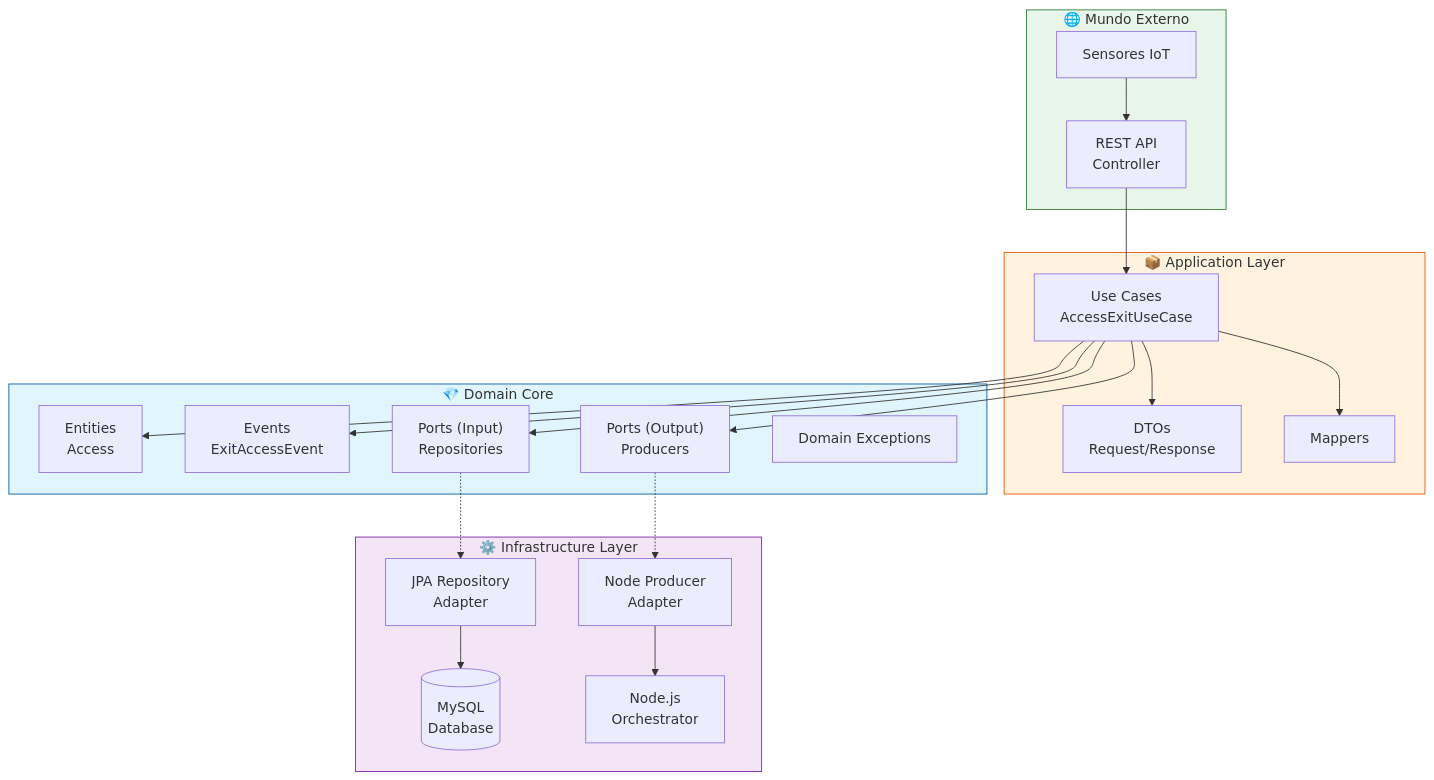
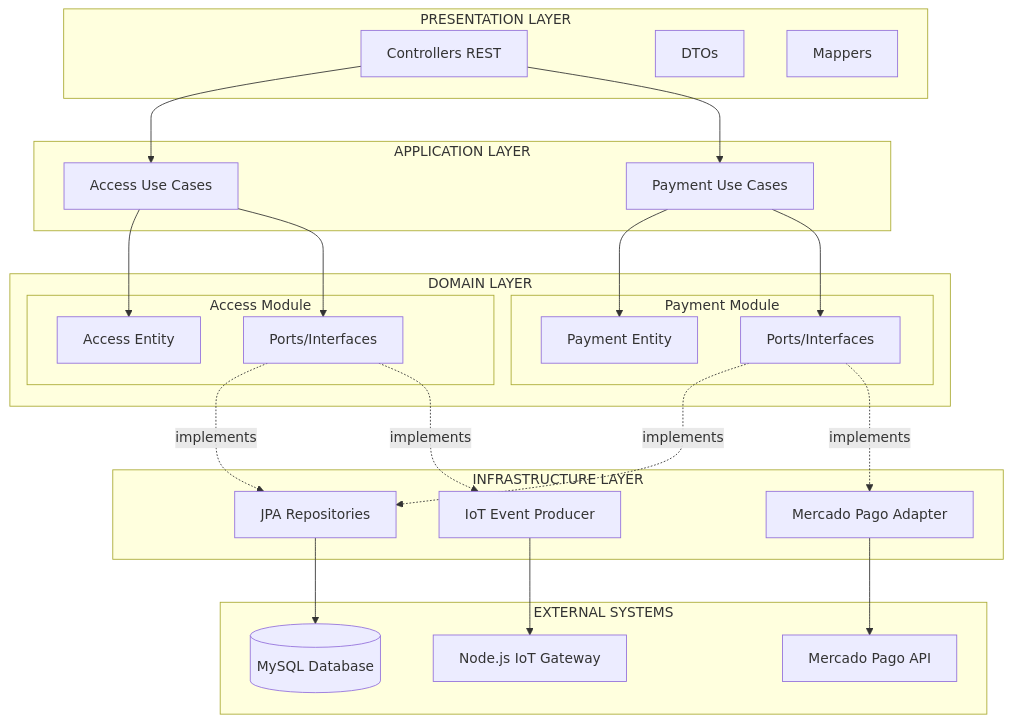
Before and after one commit to Luca5Eckert/OpenIt: the first of 5 diagrams in back/README.md, drawn with Mermaid. The commit also changed other lines of this file and 1 other file, not shown here.

````diff
--- a/back/README.md
+++ b/back/README.md
@@ -111,46 +80,54 @@
 ```mermaid
 flowchart TB
-    subgraph External["🌐 Mundo Externo"]
-        REST["REST API<br/>Controller"]
-        SENSOR["Sensores IoT"]
-    end
-
-    subgraph Application["📦 Application Layer"]
-        UC["Use Cases<br/>AccessExitUseCase"]
-        DTO["DTOs<br/>Request/Response"]
+    subgraph Presentation["PRESENTATION LAYER"]
+        CTRL["Controllers REST"]
+        DTO["DTOs"]
         MAPPER["Mappers"]
     end
-
-    subgraph Domain["💎 Domain Core"]
-        ENTITY["Entities<br/>Access"]
-        EVENT["Events<br/>ExitAccessEvent"]
-        PORT_IN["Ports (Input)<br/>Repositories"]
-        PORT_OUT["Ports (Output)<br/>Producers"]
-        EXCEPTION["Domain Exceptions"]
+    
+    subgraph Application["APPLICATION LAYER"]
+        UC_ACCESS["Access Use Cases"]
+        UC_PAYMENT["Payment Use Cases"]
     end
-
-    subgraph Infrastructure["⚙️ Infrastructure Layer"]
-        JPA["JPA Repository<br/>Adapter"]
-        MYSQL[("MySQL<br/>Database")]
-        NODE_PROD["Node Producer<br/>Adapter"]
-        NODE["Node.js<br/>Orchestrator"]
+    
+    subgraph Domain["DOMAIN LAYER"]
+        subgraph AccessBC["Access Module"]
+            ACCESS_MODEL["Access Entity"]
+            ACCESS_PORT["Ports/Interfaces"]
+        end
+        
+        subgraph PaymentBC["Payment Module"]
+            PAYMENT_MODEL["Payment Entity"]
+            PAYMENT_PORT["Ports/Interfaces"]
+        end
     end
-
-    REST --> UC
-    SENSOR --> REST
-    UC --> DTO
-    UC --> MAPPER
-    UC --> PORT_IN
-    UC --> PORT_OUT
-    UC --> ENTITY
-    UC --> EVENT
-    PORT_IN -.-> JPA
-    PORT_OUT -.-> NODE_PROD
+    
+    subgraph Infrastructure["INFRASTRUCTURE LAYER"]
+        JPA["JPA Repositories"]
+        MP["Mercado Pago Adapter"]
+        NODE_PROD["IoT Event Producer"]
+    end
+    
+    subgraph External["EXTERNAL SYSTEMS"]
+        MERCADO["Mercado Pago API"]
+        NODE["Node.js IoT Gateway"]
+        MYSQL[("MySQL Database")]
+    end
+    
+    CTRL --> UC_ACCESS
+    CTRL --> UC_PAYMENT
+    
+    UC_ACCESS --> ACCESS_MODEL
+    UC_ACCESS --> ACCESS_PORT
+    UC_PAYMENT --> PAYMENT_MODEL
+    UC_PAYMENT --> PAYMENT_PORT
+    
+    ACCESS_PORT -.implements.-> JPA
+    ACCESS_PORT -.implements.-> NODE_PROD
+    PAYMENT_PORT -.implements.-> JPA
+    PAYMENT_PORT -.implements.-> MP
+    
     JPA --> MYSQL
+    MP --> MERCADO
     NODE_PROD --> NODE
-
-    style Domain fill:#e1f5fe,stroke:#01579b
-    style Application fill:#fff3e0,stroke:#e65100
-    style Infrastructure fill:#f3e5f5,stroke:#7b1fa2
-    style External fill:#e8f5e9,stroke:#2e7d32
 ```
````
